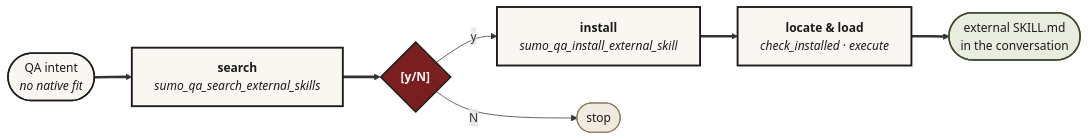
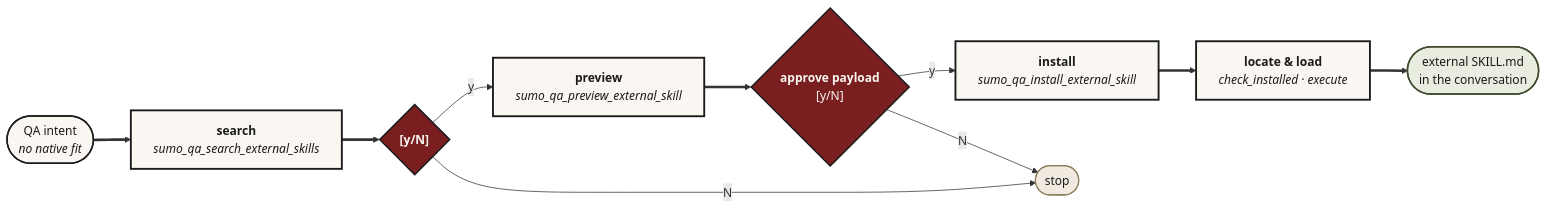
The diagram in docs/TOOLS.md (sumithr/sumo-qa), drawn with Mermaid before and after one commit. The commit also changed other lines of this file and 18 other files, not shown here.

First line of the commit message:
feat(external-skills): preview, trust policy, safety lint, and rollback for external skills (#845)

````diff
--- a/docs/TOOLS.md
+++ b/docs/TOOLS.md
@@ -189,32 +189,36 @@
 ```mermaid
 %%{init: {'theme':'base', 'themeVariables': {
   'fontFamily':'Charter, "Iowan Old Style", Georgia, serif',
   'fontSize':'13px',
   'primaryTextColor':'#1B1B1B',
   'lineColor':'#1B1B1B'
 }}}%%
 flowchart LR
     Intent(["QA intent<br/><i>no native fit</i>"])
     Search["<b>search</b><br/><i>sumo_qa_search_external_skills</i>"]
     Gate{"<b>[y/N]</b>"}
+    Preview["<b>preview</b><br/><i>sumo_qa_preview_external_skill</i>"]
+    Approve{"<b>approve payload</b><br/>[y/N]"}
     Install["<b>install</b><br/><i>sumo_qa_install_external_skill</i>"]
     Locate["<b>locate &amp; load</b><br/><i>check_installed · execute</i>"]
     Out(["external SKILL.md<br/>in the conversation"])
     Stop(["stop"])
 
     Intent ==> Search ==> Gate
-    Gate -->|y| Install ==> Locate ==> Out
+    Gate -->|y| Preview ==> Approve
+    Approve -->|y| Install ==> Locate ==> Out
     Gate -->|N| Stop
+    Approve -->|N| Stop
 
     classDef io fill:#FAF7F2,stroke:#1B1B1B,stroke-width:2px,color:#1B1B1B
     classDef step fill:#FAF7F2,stroke:#1B1B1B,stroke-width:2.5px,color:#1B1B1B
     classDef gate fill:#7A1F1F,stroke:#1B1B1B,stroke-width:2px,color:#FAF7F2
     classDef stop fill:#F0EAE0,stroke:#8A7B5C,stroke-width:1.5px,color:#1B1B1B
     classDef done fill:#E8EDDF,stroke:#3F4A2E,stroke-width:2px,color:#1B1B1B
 
     class Intent io
-    class Search,Install,Locate step
-    class Gate gate
+    class Search,Preview,Install,Locate step
+    class Gate,Approve gate
     class Stop stop
     class Out done
 ```
````
